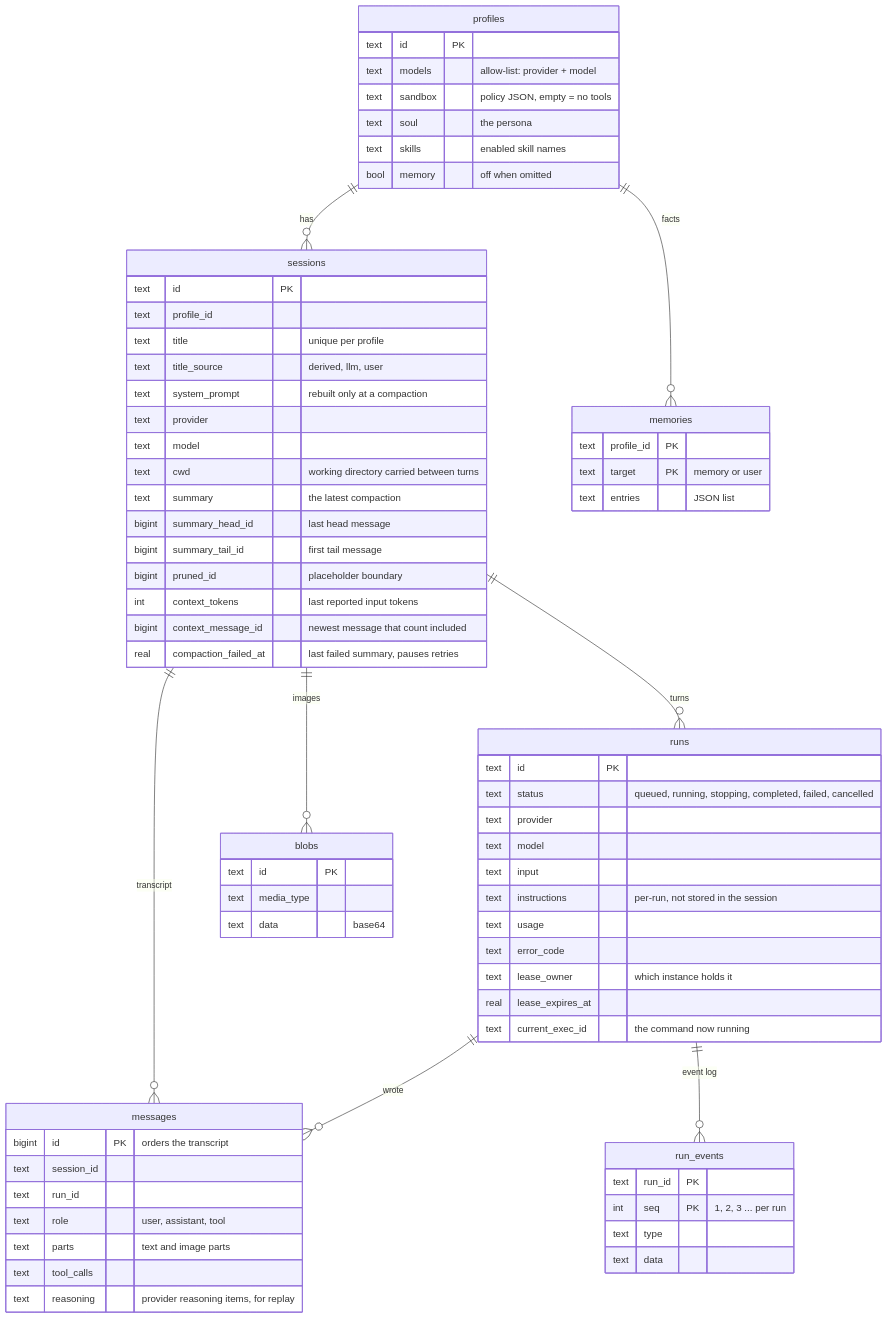
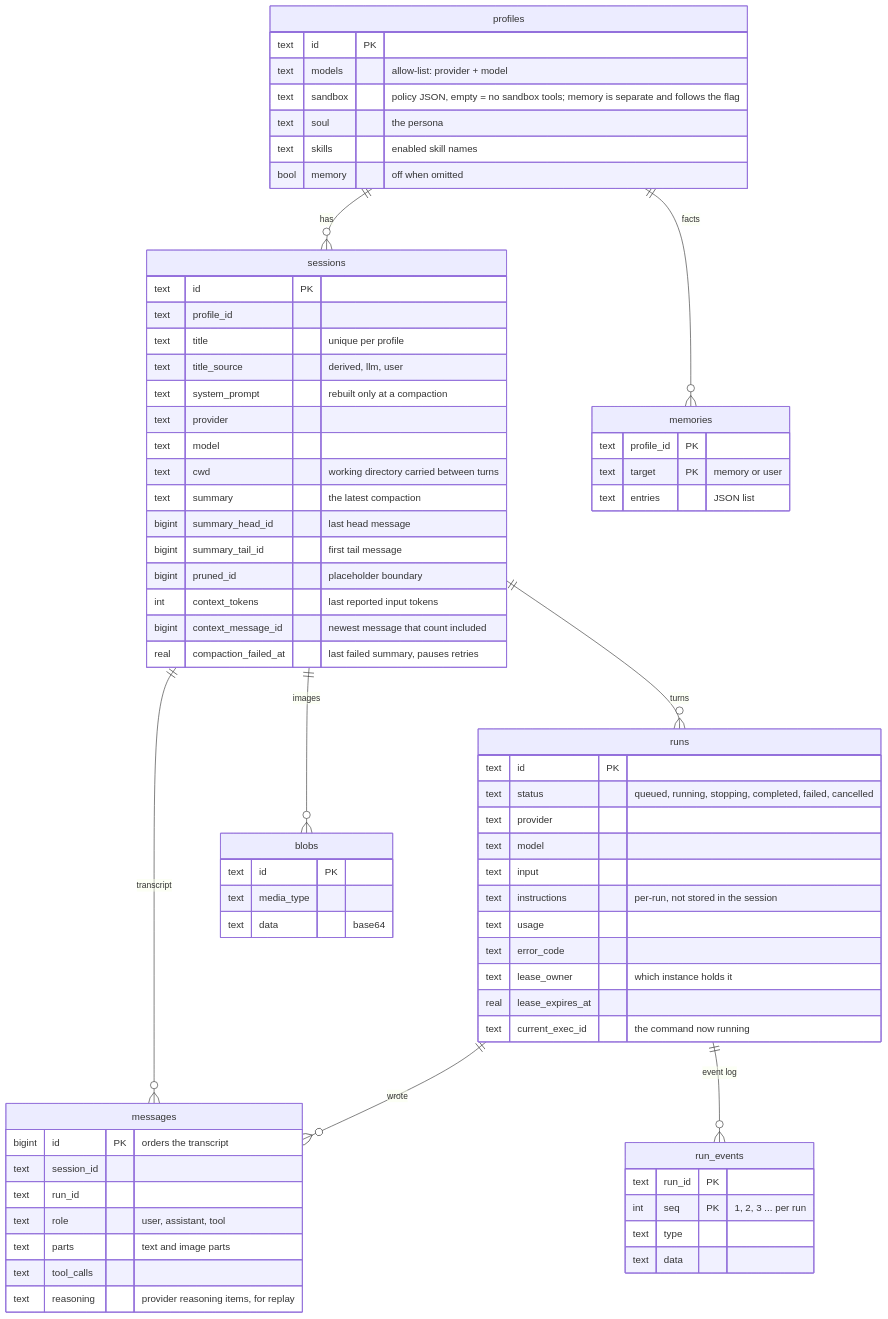
The second of 9 diagrams in docs/architecture.md (ryang420/agent-keel), drawn with Mermaid before and after one commit. The commit also changed 4 other files, not shown here.

First line of the commit message:
fix(memory): refuse a write when the profile flag is off

````diff
--- a/docs/architecture.md
+++ b/docs/architecture.md
@@ -99,74 +99,74 @@
 ```mermaid
 erDiagram
     profiles ||--o{ sessions : "has"
     profiles ||--o{ memories : "facts"
     sessions ||--o{ messages : "transcript"
     sessions ||--o{ runs : "turns"
     sessions ||--o{ blobs : "images"
     runs ||--o{ run_events : "event log"
     runs ||--o{ messages : "wrote"
 
     profiles {
         text id PK
         text models "allow-list: provider + model"
-        text sandbox "policy JSON, empty = no tools"
+        text sandbox "policy JSON, empty = no sandbox tools; memory is separate and follows the flag"
         text soul "the persona"
         text skills "enabled skill names"
         bool memory "off when omitted"
     }
     memories {
         text profile_id PK
         text target PK "memory or user"
         text entries "JSON list"
     }
     sessions {
         text id PK
         text profile_id
         text title "unique per profile"
         text title_source "derived, llm, user"
         text system_prompt "rebuilt only at a compaction"
         text provider
         text model
         text cwd "working directory carried between turns"
         text summary "the latest compaction"
         bigint summary_head_id "last head message"
         bigint summary_tail_id "first tail message"
         bigint pruned_id "placeholder boundary"
         int context_tokens "last reported input tokens"
         bigint context_message_id "newest message that count included"
         real compaction_failed_at "last failed summary, pauses retries"
     }
     messages {
         bigint id PK "orders the transcript"
         text session_id
         text run_id
         text role "user, assistant, tool"
         text parts "text and image parts"
         text tool_calls
         text reasoning "provider reasoning items, for replay"
     }
     runs {
         text id PK
         text status "queued, running, stopping, completed, failed, cancelled"
         text provider
         text model
         text input
         text instructions "per-run, not stored in the session"
         text usage
         text error_code
         text lease_owner "which instance holds it"
         real lease_expires_at
         text current_exec_id "the command now running"
     }
     run_events {
         text run_id PK
         int seq PK "1, 2, 3 ... per run"
         text type
         text data
     }
     blobs {
         text id PK
         text media_type
         text data "base64"
     }
 ```
````
